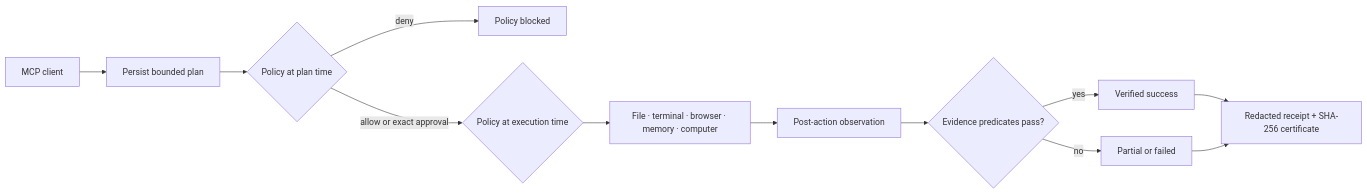
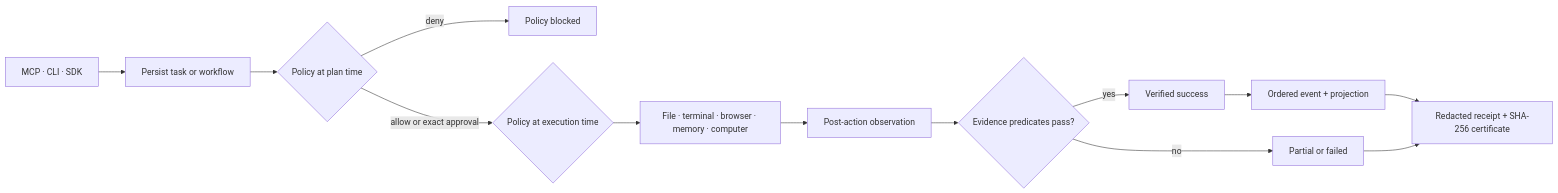
Before and after one commit to XAGI-Lab/atlas-mcp: the diagram in README.md, drawn with Mermaid. The commit also changed other lines of this file and 149 other files, not shown here.

````diff
--- a/README.md
+++ b/README.md
@@ -273,14 +335,15 @@
 ```mermaid
 flowchart LR
-    Client["MCP client"] --> Plan["Persist bounded plan"]
+    Client["MCP · CLI · SDK"] --> Plan["Persist task or workflow"]
     Plan --> Policy{"Policy at plan time"}
     Policy -->|deny| Stop["Policy blocked"]
     Policy -->|allow or exact approval| Recheck{"Policy at execution time"}
     Recheck --> Runtime["File · terminal · browser · memory · computer"]
     Runtime --> Observe["Post-action observation"]
     Observe --> Verify{"Evidence predicates pass?"}
     Verify -->|yes| Success["Verified success"]
     Verify -->|no| Partial["Partial or failed"]
-    Success --> Receipt["Redacted receipt + SHA-256 certificate"]
+    Success --> Event["Ordered event + projection"]
+    Event --> Receipt["Redacted receipt + SHA-256 certificate"]
     Partial --> Receipt
 ```
````
